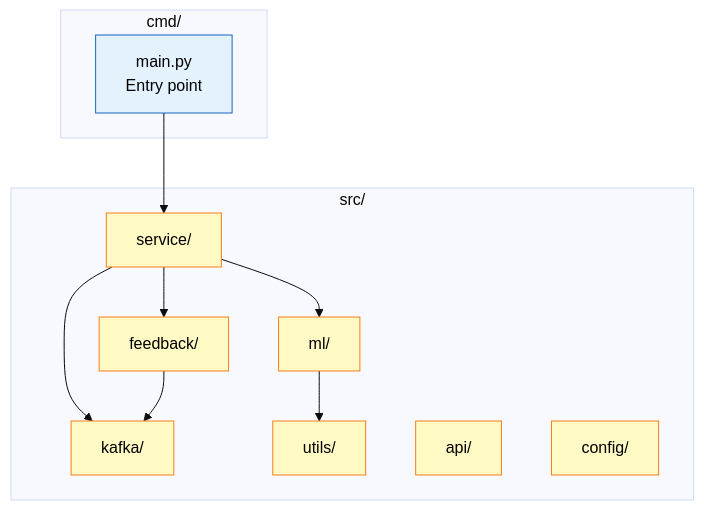
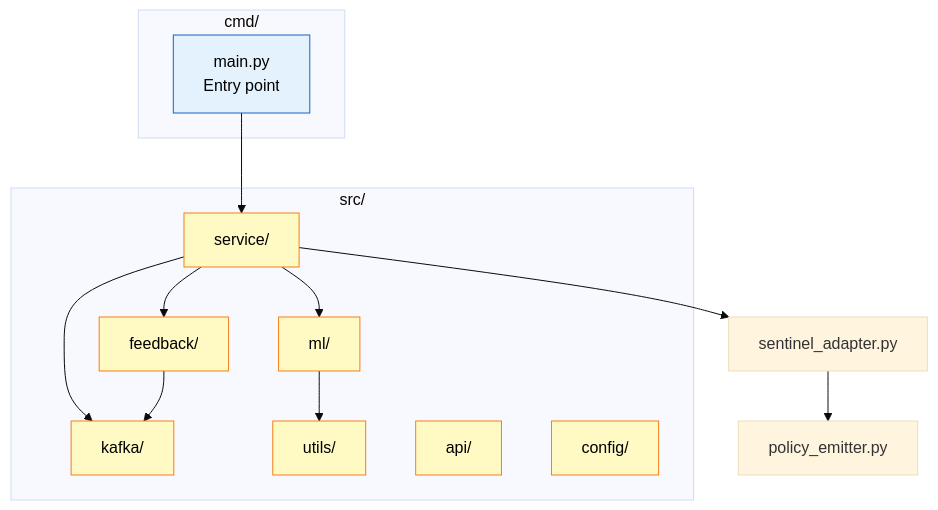
The first of 9 diagrams in docs/design/LLD-ai-service.md (EveShark/CyberMesh), drawn with Mermaid (base theme) before and after one commit. The commit also changed other lines of this file and 49 other files, not shown here.

````diff
--- a/docs/design/LLD-ai-service.md
+++ b/docs/design/LLD-ai-service.md
@@ -32,29 +32,34 @@
 ```mermaid
 graph TB
    subgraph cmd["cmd/"]
         main[main.py<br/>Entry point]
     end
     
     subgraph src["src/"]
         service[service/]
         ml[ml/]
         feedback[feedback/]
         kafka[kafka/]
         utils[utils/]
         api[api/]
         config[config/]
     end
     
+    sentinel[sentinel_adapter.py]
+    policy[policy_emitter.py]
+
     main --> service
+    service --> sentinel
+    sentinel --> policy
     service --> ml
     service --> kafka
     service --> feedback
     ml --> utils
     feedback --> kafka
     
     classDef entry fill:#e3f2fd,stroke:#1565c0,color:#000;
     classDef module fill:#fff9c4,stroke:#f57f17,color:#000;
     
     class main entry;
     class service,ml,feedback,kafka,utils,api,config module;
 ```
````
